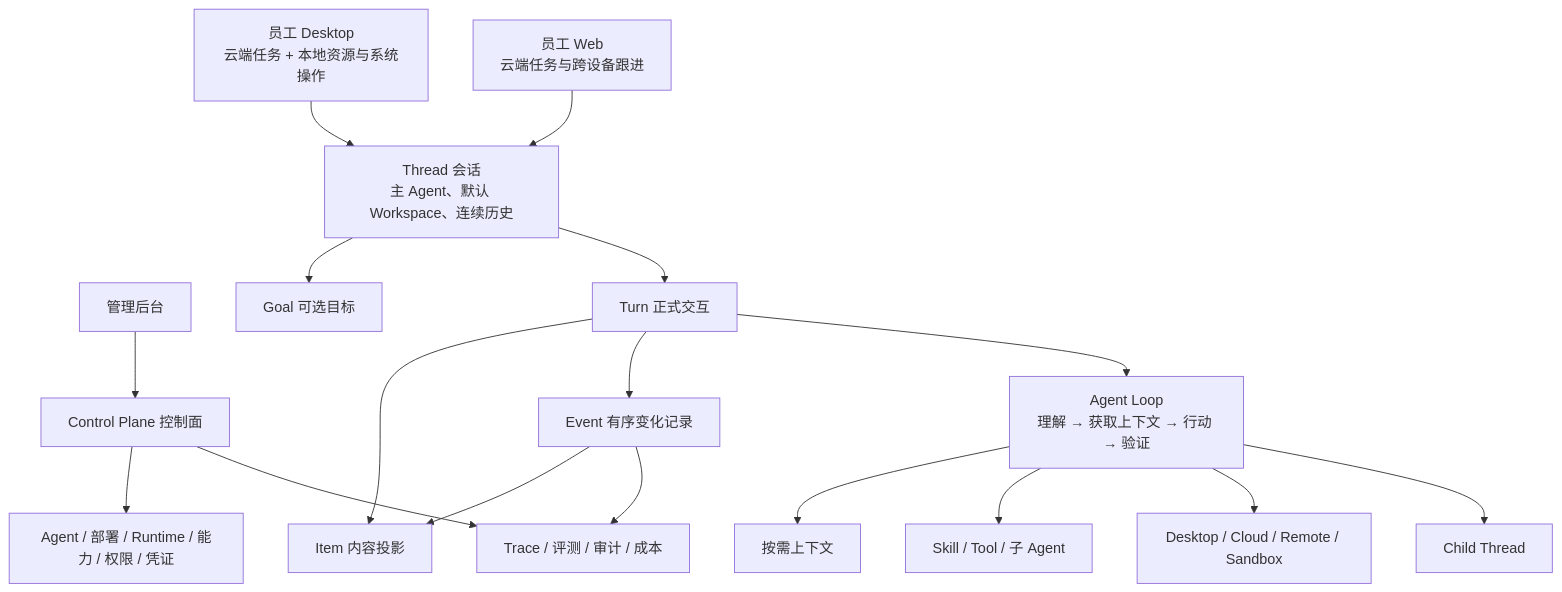
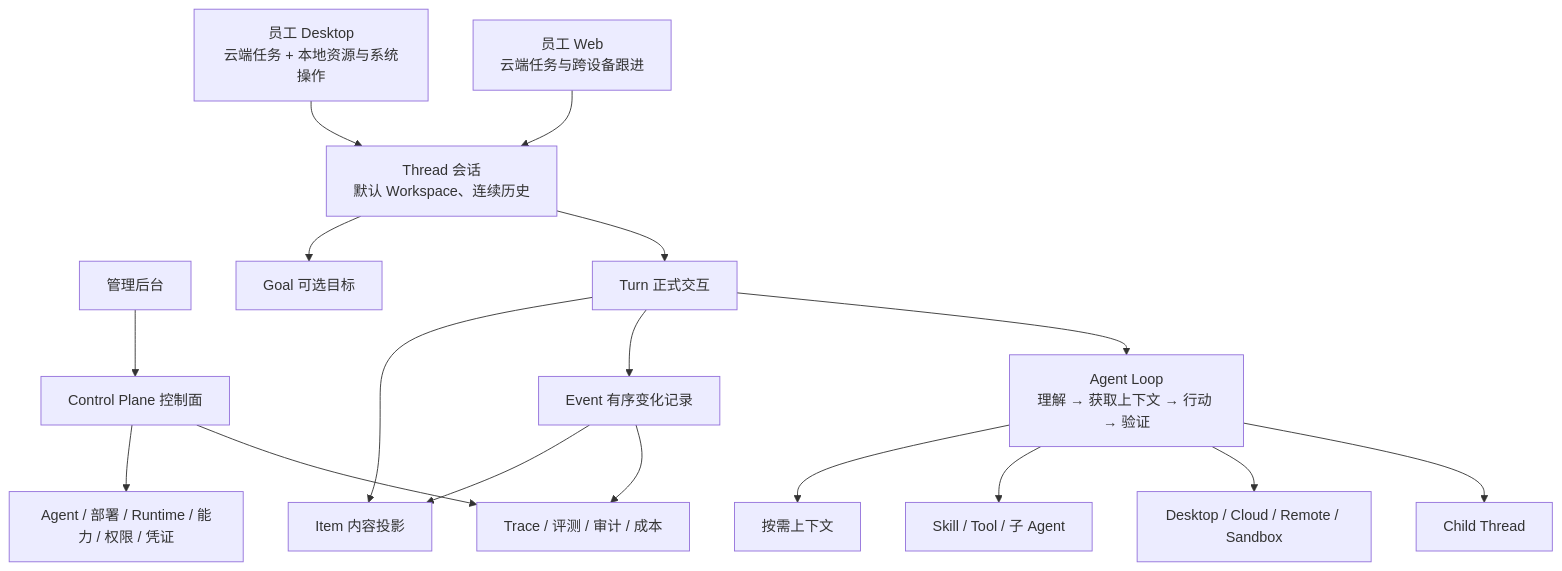
Before and after one commit to XZY-Free/harness: the first of 2 diagrams in docs/architecture/README.md, drawn with Mermaid. The commit also changed other lines of this file and 11 other files, not shown here.

```diff
--- a/docs/architecture/README.md
+++ b/docs/architecture/README.md
@@ -19,25 +19,25 @@
 ~~~mermaid
 flowchart TB
   Desktop["员工 Desktop<br/>云端任务 + 本地资源与系统操作"]
   Web["员工 Web<br/>云端任务与跨设备跟进"]
   Admin["管理后台"]
 
   Desktop --> Thread
   Web --> Thread
-  Thread["Thread 会话<br/>主 Agent、默认 Workspace、连续历史"]
+  Thread["Thread 会话<br/>默认 Workspace、连续历史"]
   Thread --> Goal["Goal 可选目标"]
   Thread --> Turn["Turn 正式交互"]
   Turn --> Item["Item 内容投影"]
   Turn --> Event["Event 有序变化记录"]
   Event --> Item
   Turn --> Loop["Agent Loop<br/>理解 → 获取上下文 → 行动 → 验证"]
   Loop --> Context["按需上下文"]
   Loop --> Capability["Skill / Tool / 子 Agent"]
   Loop --> Environment["Desktop / Cloud / Remote / Sandbox"]
   Loop --> Child["Child Thread"]
 
   Admin --> Control["Control Plane 控制面"]
   Control --> AgentAdmin["Agent / 部署 / Runtime / 能力 / 权限 / 凭证"]
   Control --> Projection["Trace / 评测 / 审计 / 成本"]
   Event --> Projection
 ~~~
```
